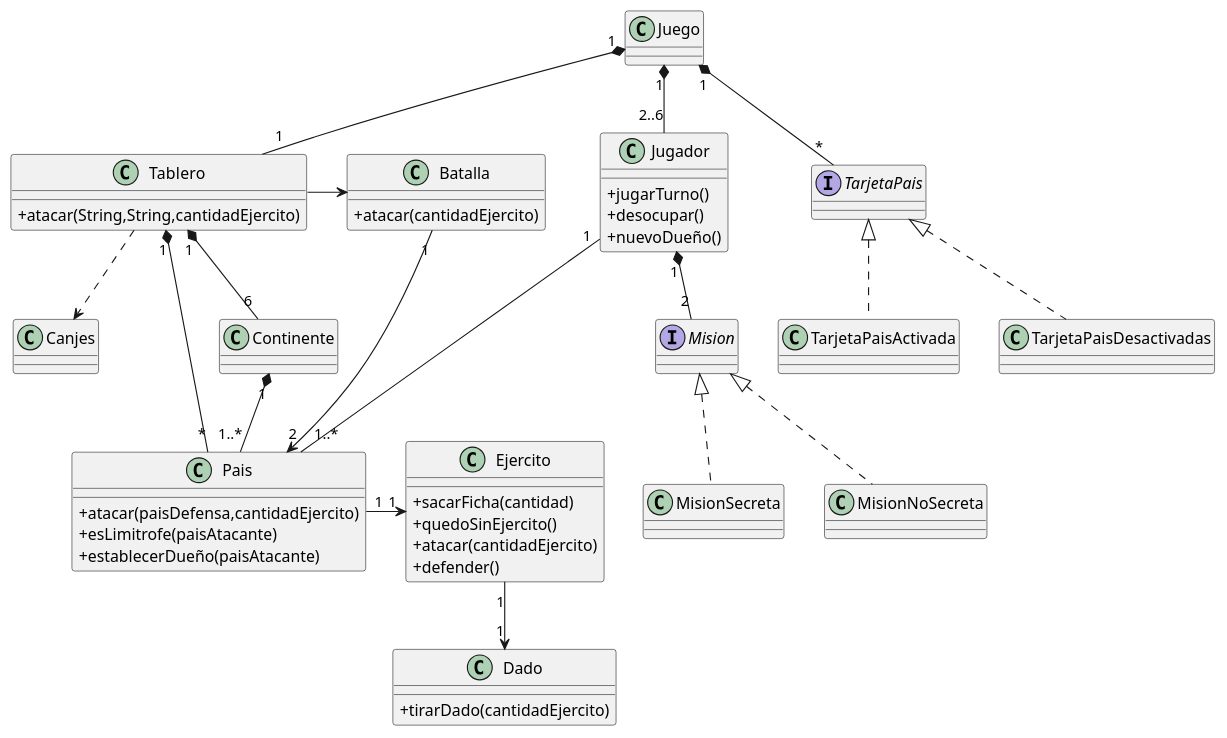
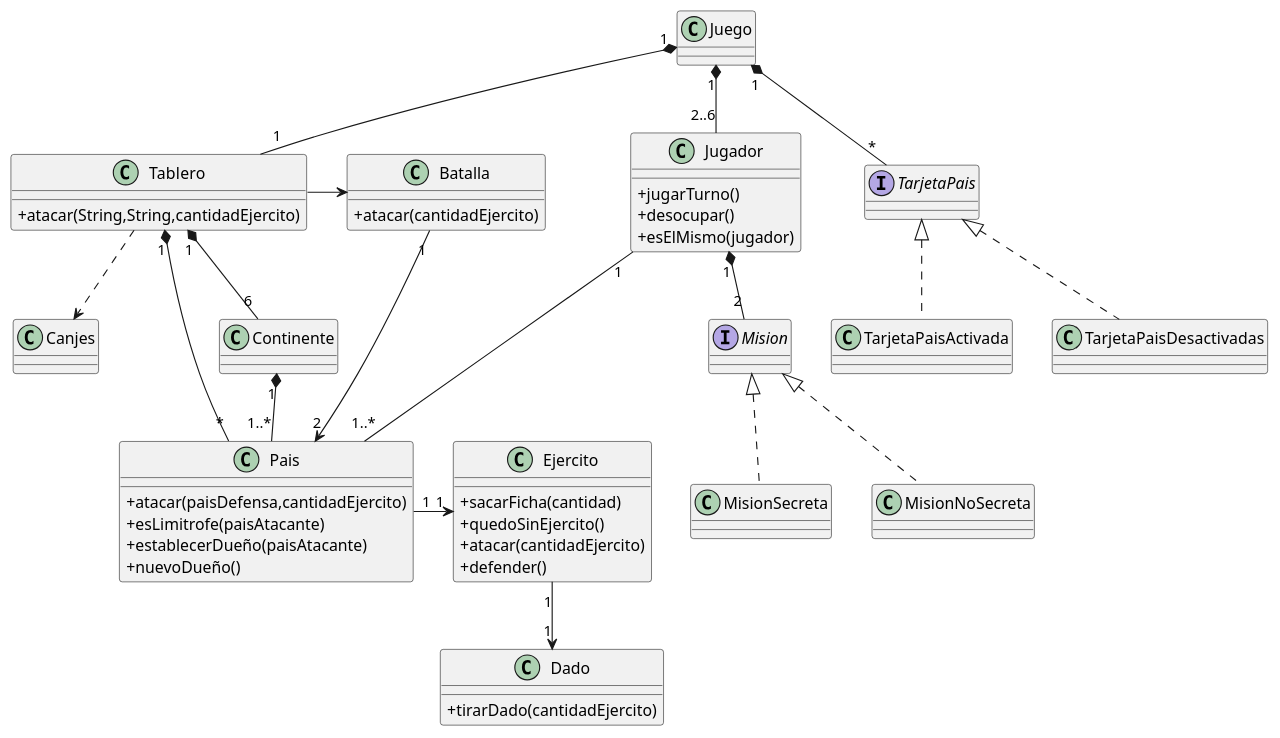
Before and after one commit to daniela41149/algo3_tp2: the diagram in diagramas/diagramaDeClases.wsd, drawn with PlantUML. The commit also changed 2 other files, not shown here.

Commit message:
Actualizacion Diagrama de Clases

```diff
--- a/diagramas/diagramaDeClases.wsd
+++ b/diagramas/diagramaDeClases.wsd
@@ -1,68 +1,71 @@
 @startuml
 Juego "1" *-- "1" Tablero
 Juego "1" *-- "2..6" Jugador
 Juego "1" *-- "*" TarjetaPais
 
 Interface TarjetaPais
 Interface Mision
 
 TarjetaPais <|.. TarjetaPaisActivada
 TarjetaPais <|.. TarjetaPaisDesactivadas
 Mision <|.. MisionSecreta
 Mision <|.. MisionNoSecreta
 
 Tablero "1" *-- "6" Continente
 Tablero "1" *-- "*" Pais
 Continente "1" *-- "1..*" Pais
 
 Jugador "1" *-- "2" Mision
 Jugador "1" -- "1..*" Pais
 Ejercito "1" --> "1" "Dado"
 Tablero ..> Canjes
 
 Pais "1" -> "1" Ejercito
 Tablero -> Batalla
 Batalla "1" --> "2" Pais
 
 
 skinparam classAttributeIconSize 0
 class Juego {
 }
 
+
 skinparam classAttributeIconSize 0
 class Jugador {
  +jugarTurno()
  +desocupar()
- +nuevoDueño()
+ +esElMismo(jugador)
 }
 
 skinparam classAttributeIconSize 0
 class Tablero {
  +atacar(String,String,cantidadEjercito)
 }
 
 skinparam classAttributeIconSize 0
 class Batalla {
  +atacar(cantidadEjercito)
 }
 
 skinparam classAttributeIconSize 0
 class Pais {
  +atacar(paisDefensa,cantidadEjercito)
  +esLimitrofe(paisAtacante)
  +establecerDueño(paisAtacante)
+ +nuevoDueño()
+
 }
 
 skinparam classAttributeIconSize 0
 class Ejercito {
  +sacarFicha(cantidad)
  +quedoSinEjercito()
  +atacar(cantidadEjercito)
  +defender()
 }
 
 skinparam classAttributeIconSize 0
 class Dado {
  +tirarDado(cantidadEjercito)
 }
 @enduml
```
